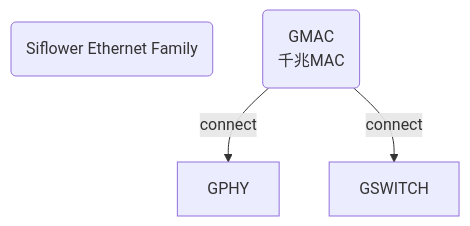
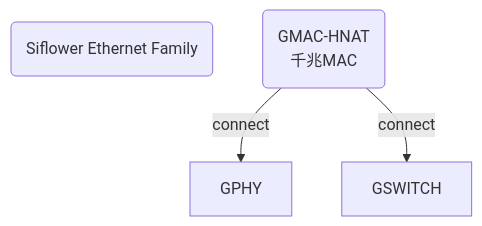
Before and after one commit to Siflower/siflower.github.io: the first of 3 diagrams in _posts/blog/linux/2020-09-08-ethernetGuide.md, drawn with Mermaid. The commit also changed other lines of this file, not shown here.

````diff
--- a/_posts/blog/linux/2020-09-08-ethernetGuide.md
+++ b/_posts/blog/linux/2020-09-08-ethernetGuide.md
@@ -38,6 +38,6 @@
 ```mermaid
 graph TB
   title(Siflower Ethernet Family)
-  A(GMAC<br>千兆MAC) --> |connect| B[GPHY]
-  A(GMAC<br>千兆MAC) --> |connect| C[GSWITCH]
+  A(GMAC-HNAT<br>千兆MAC) --> |connect| B[GPHY]
+  A --> |connect| C[GSWITCH]
 ```
````
